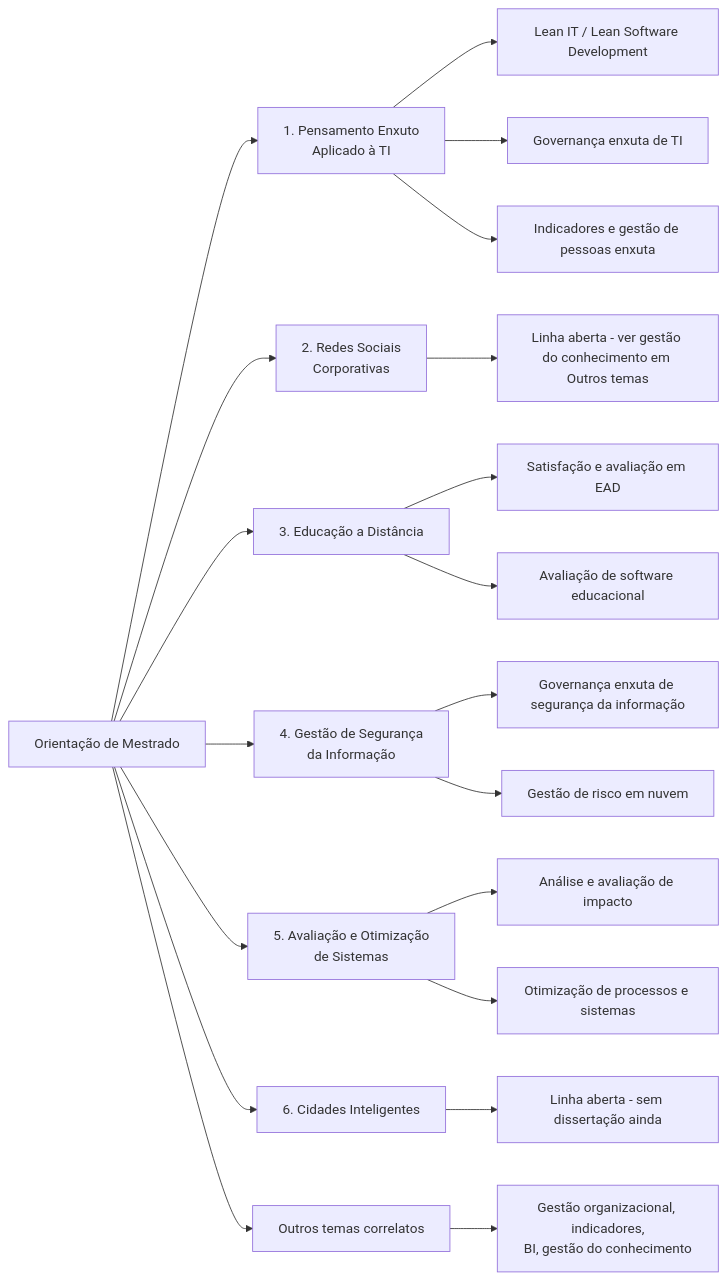
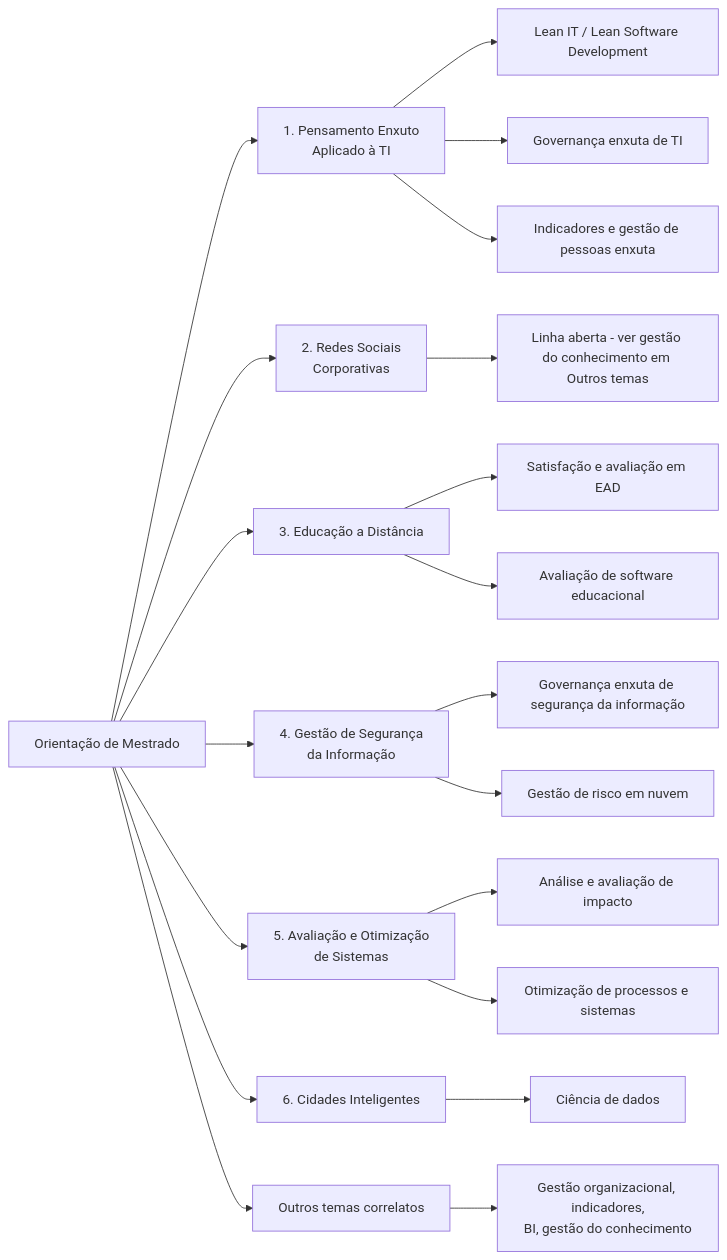
The diagram in linhas-de-pesquisa-mestrado.md (mehranmisaghi/orientacoes), drawn with Mermaid before and after one commit.

Commit message:
corrected

````diff
--- a/linhas-de-pesquisa-mestrado.md
+++ b/linhas-de-pesquisa-mestrado.md
@@ -10,29 +10,29 @@
 ```mermaid
 flowchart LR
     A[Orientação de Mestrado] --> L1[1. Pensamento Enxuto<br/>Aplicado à TI]
     A --> L2[2. Redes Sociais<br/>Corporativas]
     A --> L3[3. Educação a Distância]
     A --> L4[4. Gestão de Segurança<br/>da Informação]
     A --> L5[5. Avaliação e Otimização<br/>de Sistemas]
     A --> L6[6. Cidades Inteligentes]
     A --> L7[Outros temas correlatos]
 
     L1 --> L1a[Lean IT / Lean Software Development]
     L1 --> L1b[Governança enxuta de TI]
     L1 --> L1c[Indicadores e gestão de pessoas enxuta]
 
     L2 --> L2a[Linha aberta - ver gestão do conhecimento em Outros temas]
 
     L3 --> L3a[Satisfação e avaliação em EAD]
     L3 --> L3b[Avaliação de software educacional]
 
     L4 --> L4a[Governança enxuta de segurança da informação]
     L4 --> L4b[Gestão de risco em nuvem]
 
     L5 --> L5a[Análise e avaliação de impacto]
     L5 --> L5b[Otimização de processos e sistemas]
 
-    L6 --> L6a[Linha aberta - sem dissertação ainda]
+    L6 --> L6a[Ciência de dados]
 
     L7 --> L7a[Gestão organizacional, indicadores,<br/>BI, gestão do conhecimento]
 ```
````
